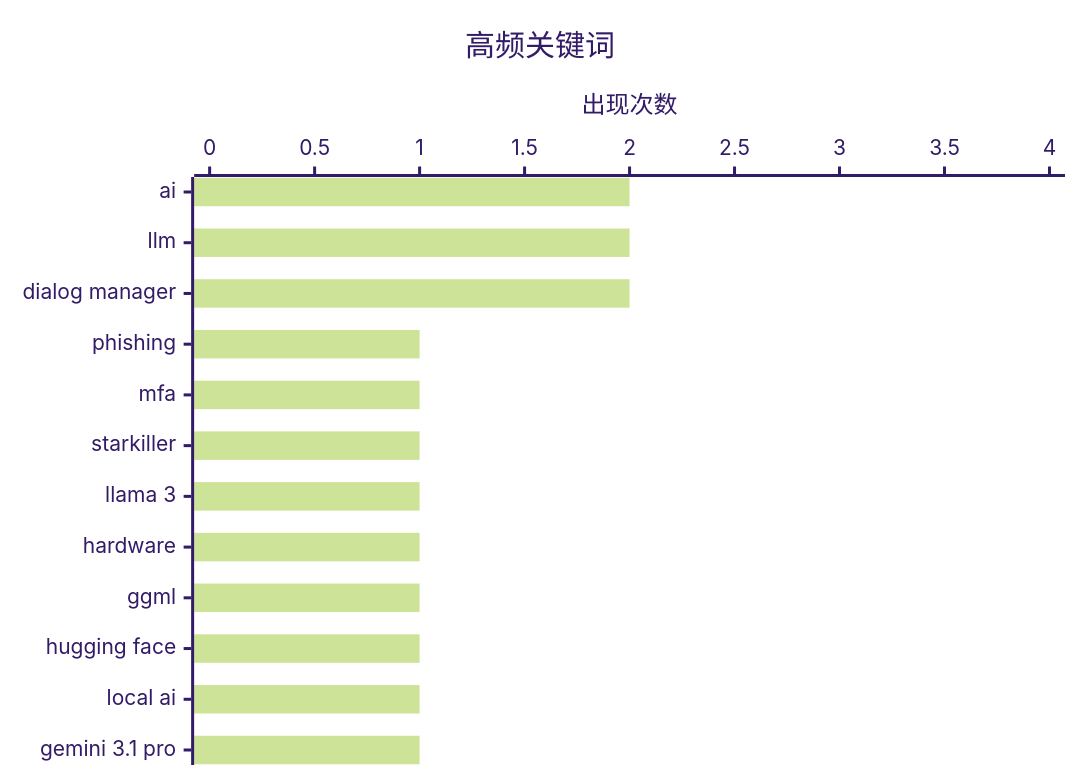
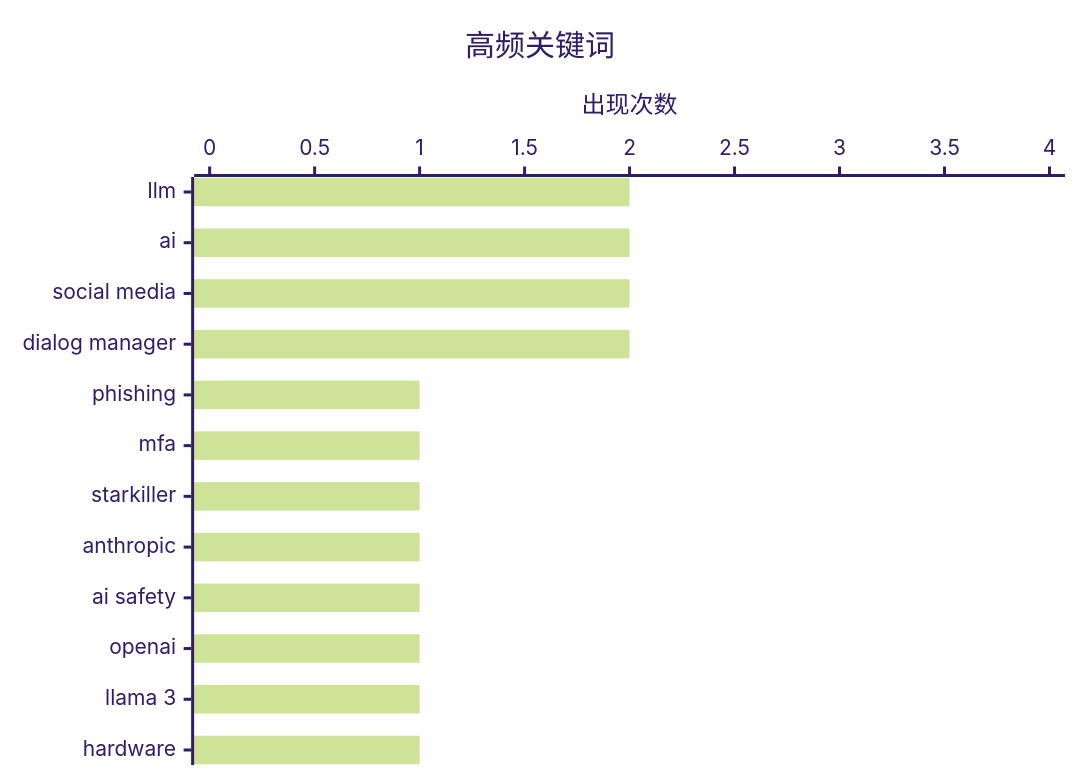
Before and after one commit to Yeadon8888/digest-news-viewer: the second of 2 diagrams in public/data/digest-latest.md, drawn with Mermaid (forest theme). The commit also changed other lines of this file, not shown here.

````diff
--- a/public/data/digest-latest.md
+++ b/public/data/digest-latest.md
@@ -66,7 +66,7 @@
 ```mermaid
 xychart-beta horizontal
     title "高频关键词"
-    x-axis ["ai", "llm", "dialog manager", "phishing", "mfa", "starkiller", "llama 3", "hardware", "ggml", "hugging face", "local ai", "gemini 3.1 pro"]
+    x-axis ["llm", "ai", "social media", "dialog manager", "phishing", "mfa", "starkiller", "anthropic", "ai safety", "openai", "llama 3", "hardware"]
     y-axis "出现次数" 0 --> 4
-    bar [2, 2, 2, 1, 1, 1, 1, 1, 1, 1, 1, 1]
+    bar [2, 2, 2, 2, 1, 1, 1, 1, 1, 1, 1, 1]
 ```
````
